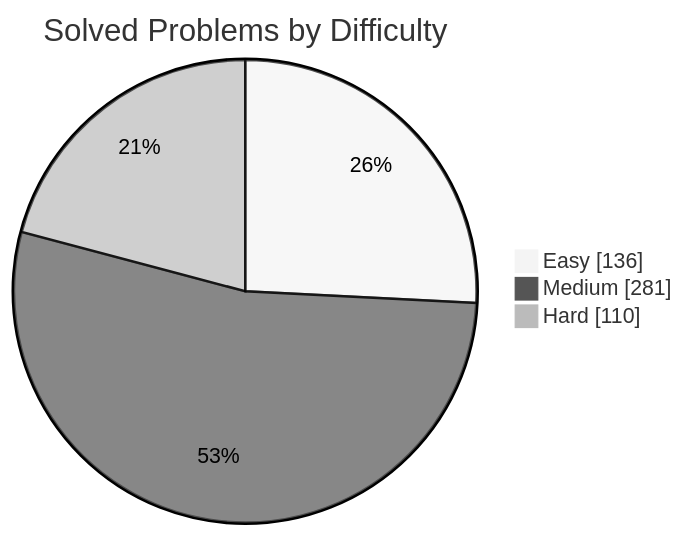
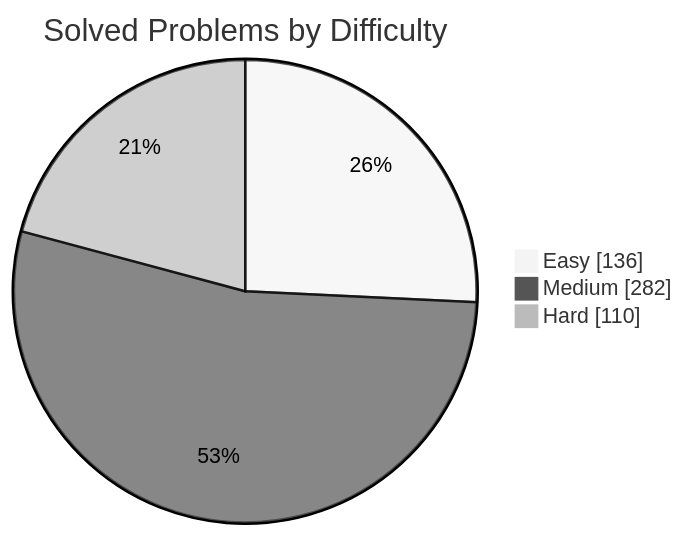
One commit to manikantbindass/DSA-Preparation-FAANG changed the first of 2 diagrams in README.md. Above: the diagram before and after it, drawn with Mermaid (neutral theme). The commit also changed other lines of this file and 1 other file, not shown here.

````diff
--- a/README.md
+++ b/README.md
@@ -79,7 +79,7 @@
 ```mermaid
 pie showData
     title Solved Problems by Difficulty
     "Easy" : 136
-    "Medium" : 281
+    "Medium" : 282
     "Hard" : 110
 ```
````
